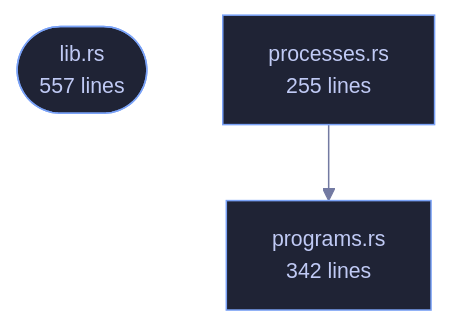
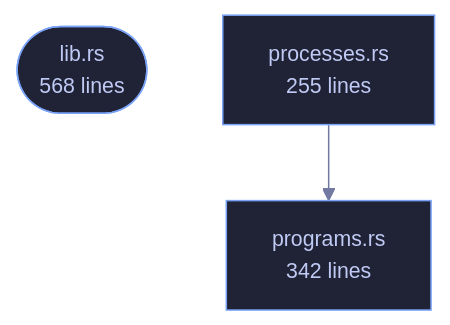
One commit to tilas01/veilvoice changed the diagram in crates/veilvoice-capture/README.md. Above: the diagram before and after it, drawn with Mermaid. The commit also changed other lines of this file and 182 other files, not shown here.

````diff
--- a/crates/veilvoice-capture/README.md
+++ b/crates/veilvoice-capture/README.md
@@ -94,11 +106,11 @@
 ```mermaid
 %%{init: {"theme":"base","themeVariables":{"background":"#1a1b26","primaryColor":"#1f2335","primaryTextColor":"#c0caf5","primaryBorderColor":"#7aa2f7","secondaryColor":"#16161e","tertiaryColor":"#16161e","lineColor":"#737aa2","textColor":"#c0caf5","mainBkg":"#1f2335","nodeBorder":"#7aa2f7","clusterBkg":"#16161e","clusterBorder":"#2f3549","fontFamily":"ui-monospace, SFMono-Regular, Consolas, monospace","fontSize":"14px"}}}%%
 flowchart TD
-    n_lib(["lib.rs<br/>557 lines"])
+    n_lib(["lib.rs<br/>568 lines"])
     n_processes["processes.rs<br/>255 lines"]
     n_programs["programs.rs<br/>342 lines"]
     n_processes --> n_programs
     click n_lib href "https://github.com/tilas01/veilvoice/blob/main/crates/veilvoice-capture/src/lib.rs" "open the source"
     click n_processes href "https://github.com/tilas01/veilvoice/blob/main/crates/veilvoice-capture/src/processes.rs" "open the source"
     click n_programs href "https://github.com/tilas01/veilvoice/blob/main/crates/veilvoice-capture/src/programs.rs" "open the source"
 ```
````
